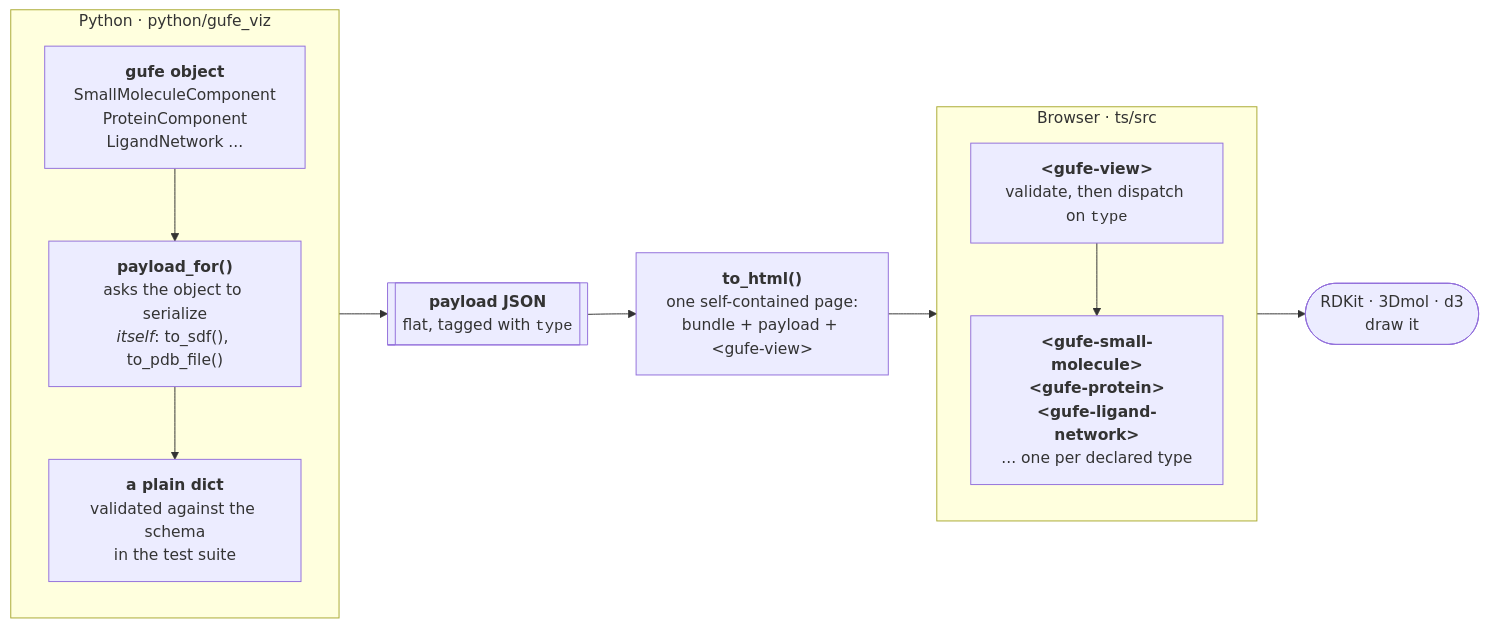
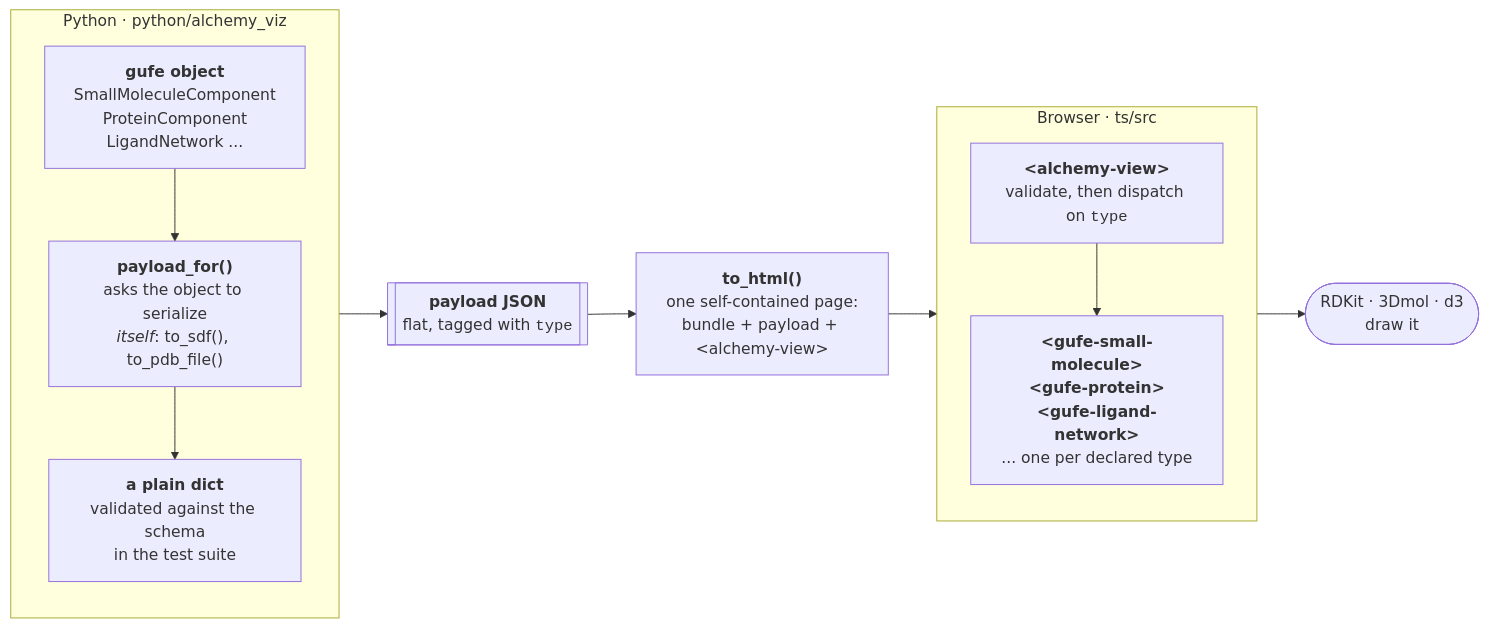
The first of 3 diagrams in README.md (omsf-eco-infra/alchemy-viz), drawn with Mermaid before and after one commit. The commit also changed other lines of this file and 81 other files, not shown here.

````diff
--- a/README.md
+++ b/README.md
@@ -206,23 +206,23 @@
 ```mermaid
 flowchart LR
-  subgraph PY["Python · python/gufe_viz"]
+  subgraph PY["Python · python/alchemy_viz"]
     direction TB
     obj["<b>gufe object</b><br/>SmallMoleculeComponent<br/>ProteinComponent<br/>LigandNetwork ..."]
     build["<b>payload_for()</b><br/>asks the object to serialize<br/><i>itself</i>: to_sdf(), to_pdb_file()"]
     plain["<b>a plain dict</b><br/>validated against the schema<br/>in the test suite"]
     obj --> build --> plain
   end
 
   plain --> payload[["<b>payload JSON</b><br/>flat, tagged with <code>type</code>"]]
-  payload --> tohtml["<b>to_html()</b><br/>one self-contained page:<br/>bundle + payload + &lt;gufe-view&gt;"]
+  payload --> tohtml["<b>to_html()</b><br/>one self-contained page:<br/>bundle + payload + &lt;alchemy-view&gt;"]
 
   subgraph BR["Browser · ts/src"]
     direction TB
-    gview["<b>&lt;gufe-view&gt;</b><br/>validate, then dispatch on <code>type</code>"]
+    gview["<b>&lt;alchemy-view&gt;</b><br/>validate, then dispatch on <code>type</code>"]
     view["<b>&lt;gufe-small-molecule&gt;</b><br/><b>&lt;gufe-protein&gt;</b><br/><b>&lt;gufe-ligand-network&gt;</b><br/>... one per declared type"]
     gview --> view
   end
 
   tohtml --> gview
   view --> pic(["RDKit · 3Dmol · d3<br/>draw it"])
 ```
````
